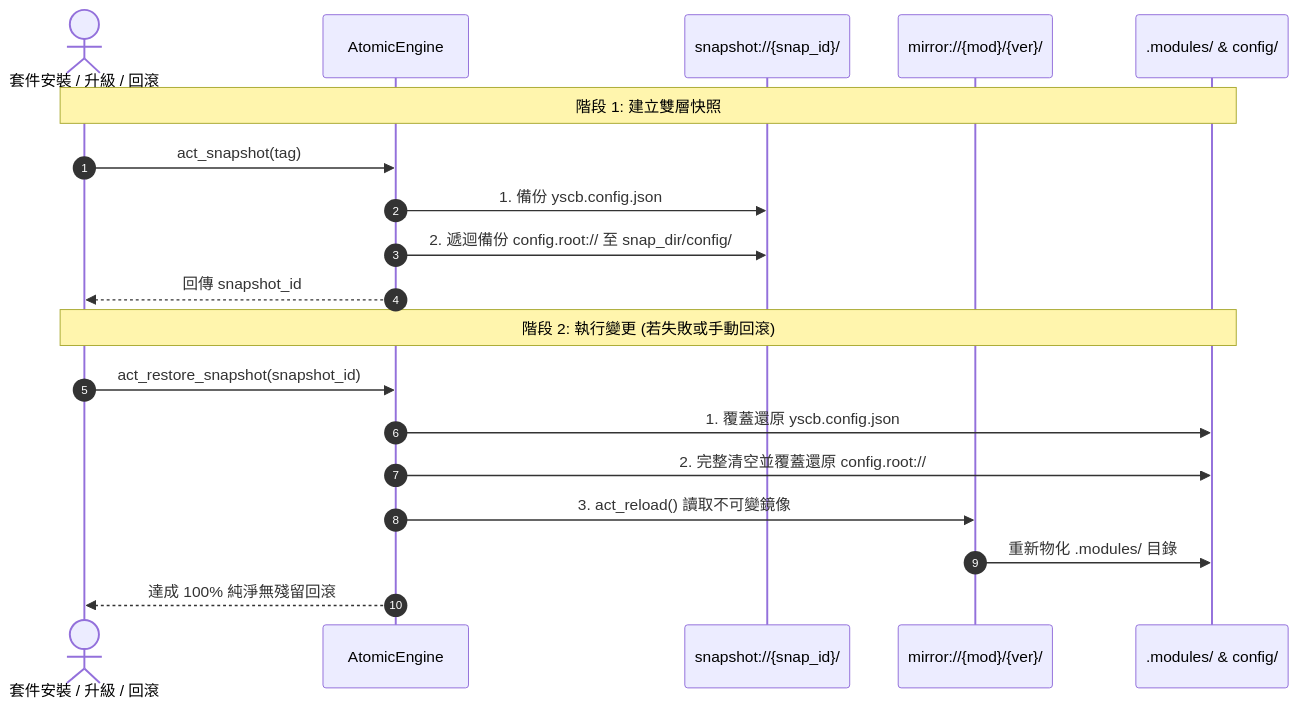
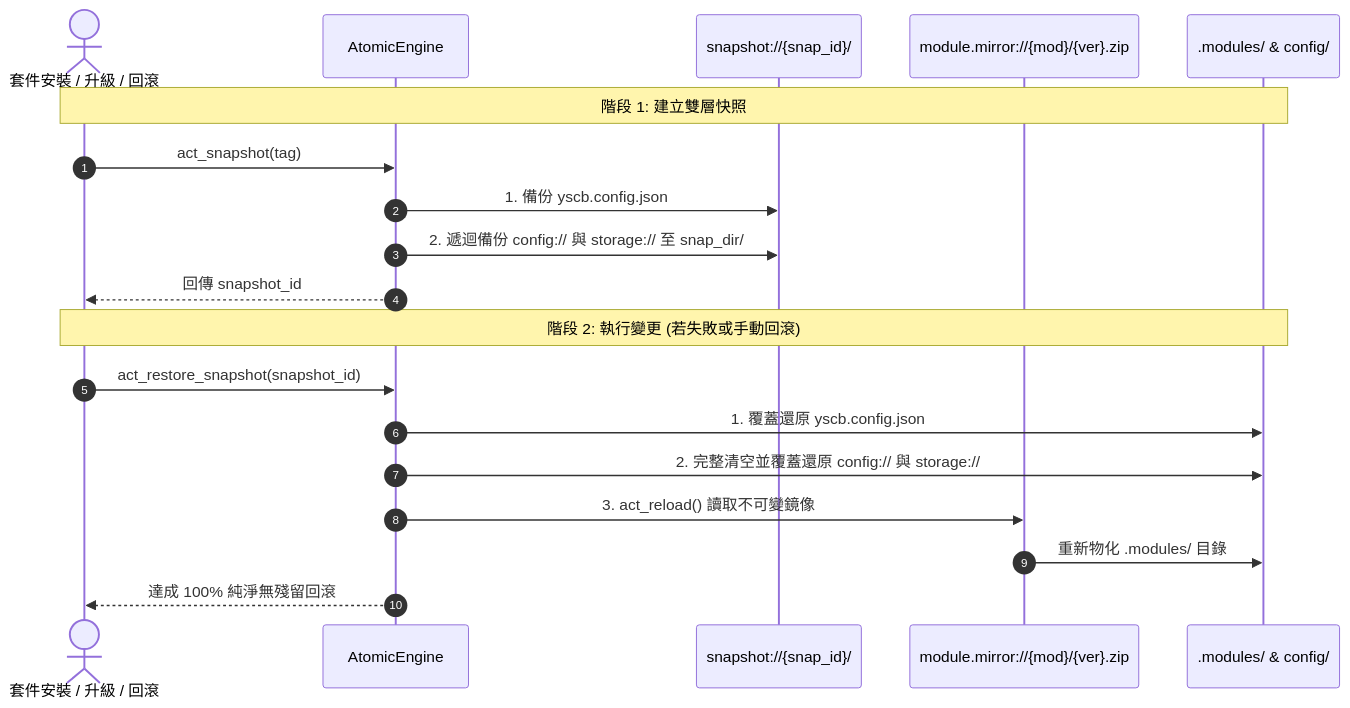
One commit to ysnaive/ys-codebase changed the diagram in docs/core/SNAPSHOT_AND_ROLLBACK.md. Above: the diagram before and after it, drawn with Mermaid. The commit also changed other lines of this file and 77 other files, not shown here.

````diff
--- a/docs/core/SNAPSHOT_AND_ROLLBACK.md
+++ b/docs/core/SNAPSHOT_AND_ROLLBACK.md
@@ -16,23 +29,23 @@
 ```mermaid
 sequenceDiagram
     autonumber
     actor CLI as 套件安裝 / 升級 / 回滾
     participant Eng as AtomicEngine
     participant Snap as snapshot://{snap_id}/
-    participant Mirror as mirror://{mod}/{ver}/
+    participant Mirror as module.mirror://{mod}/{ver}.zip
     participant Runtime as .modules/ & config/
 
     Note over CLI,Runtime: 階段 1: 建立雙層快照
     CLI->>Eng: act_snapshot(tag)
     Eng->>Snap: 1. 備份 yscb.config.json
-    Eng->>Snap: 2. 遞迴備份 config.root:// 至 snap_dir/config/
+    Eng->>Snap: 2. 遞迴備份 config:// 與 storage:// 至 snap_dir/
     Eng-->>CLI: 回傳 snapshot_id
 
     Note over CLI,Runtime: 階段 2: 執行變更 (若失敗或手動回滾)
     CLI->>Eng: act_restore_snapshot(snapshot_id)
     Eng->>Runtime: 1. 覆蓋還原 yscb.config.json
-    Eng->>Runtime: 2. 完整清空並覆蓋還原 config.root://
+    Eng->>Runtime: 2. 完整清空並覆蓋還原 config:// 與 storage://
     Eng->>Mirror: 3. act_reload() 讀取不可變鏡像
     Mirror->>Runtime: 重新物化 .modules/ 目錄
     Eng-->>CLI: 達成 100% 純淨無殘留回滾
 ```
````
